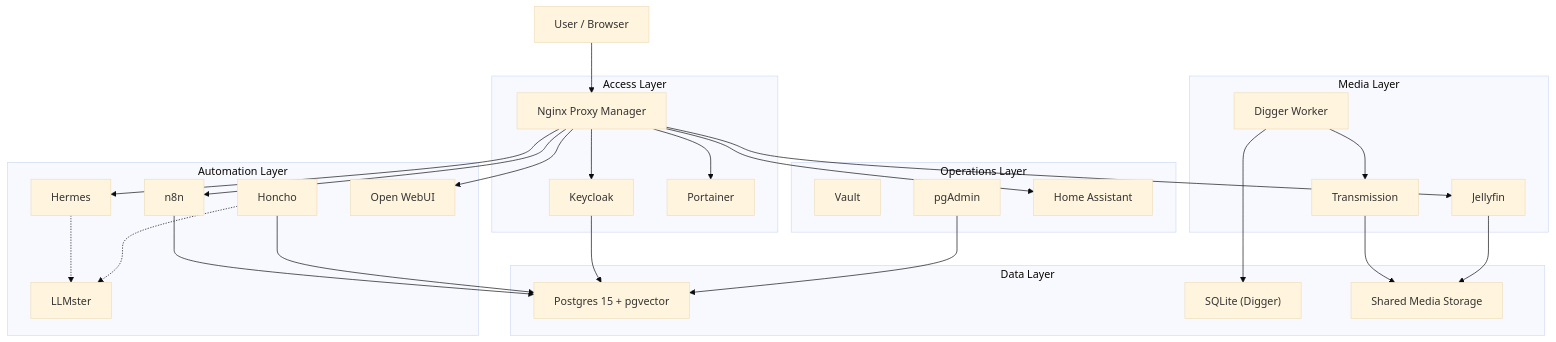
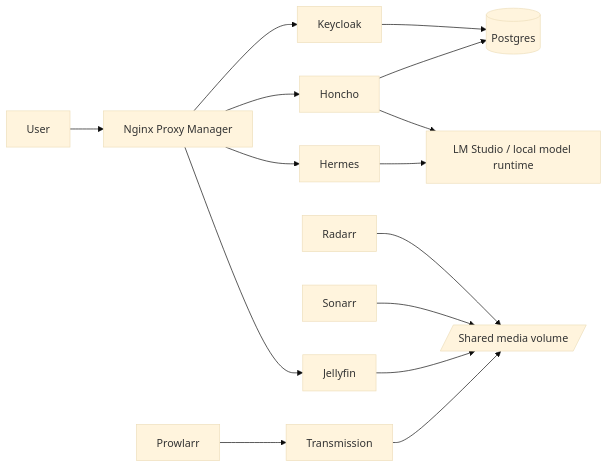
Before and after one commit to mouralx/homelab: the diagram in docs/architecture.md, drawn with Mermaid (base theme). The commit also changed other lines of this file and 49 other files, not shown here.

````diff
--- a/docs/architecture.md
+++ b/docs/architecture.md
@@ -16,56 +7,20 @@
 ```mermaid
-flowchart TD
-    subgraph Access["Access Layer"]
-        NPM["Nginx Proxy Manager"]
-        Keycloak["Keycloak"]
-        Portainer["Portainer"]
-    end
+flowchart LR
+    User[User] --> NPM[Nginx Proxy Manager]
+    NPM --> Keycloak[Keycloak]
+    NPM --> Jellyfin[Jellyfin]
+    NPM --> Honcho[Honcho]
+    NPM --> Hermes[Hermes]
 
-    subgraph Automation["Automation Layer"]
-        n8n["n8n"]
-        Hermes["Hermes"]
-        LLMster["LLMster"]
-        Honcho["Honcho"]
-        OWUI["Open WebUI"]
-    end
+    Honcho --> Postgres[(Postgres)]
+    Keycloak --> Postgres
 
-    subgraph Media["Media Layer"]
-        Digger["Digger Worker"]
-        Transmission["Transmission"]
-        Jellyfin["Jellyfin"]
-    end
+    Hermes --> LLM[LM Studio / local model runtime]
+    Honcho --> LLM
 
-    subgraph Operations["Operations Layer"]
-        Vault["Vault"]
-        pgAdmin["pgAdmin"]
-        HomeAssistant["Home Assistant"]
-    end
-
-    subgraph Data["Data Layer"]
-        Postgres["Postgres 15 + pgvector"]
-        SQLite["SQLite (Digger)"]
-        MediaDisk["Shared Media Storage"]
-    end
-
-    User["User / Browser"] --> NPM
-    NPM --> Keycloak
-    NPM --> Portainer
-    NPM --> HomeAssistant
-    NPM --> Jellyfin
-    NPM --> n8n
-    NPM --> Hermes
-    NPM --> OWUI
-
-    Digger --> Transmission
-    Digger --> SQLite
-    Transmission --> MediaDisk
-    Jellyfin --> MediaDisk
-
-    n8n --> Postgres
-    Keycloak --> Postgres
-    Honcho --> Postgres
-    pgAdmin --> Postgres
-
-    Hermes -.-> LLMster
-    Honcho -.-> LLMster
+    Transmission[Transmission] --> Media[/Shared media volume/]
+    Jellyfin --> Media
+    Prowlarr[Prowlarr] --> Transmission
+    Sonarr[Sonarr] --> Media
+    Radarr[Radarr] --> Media
 ```
````
